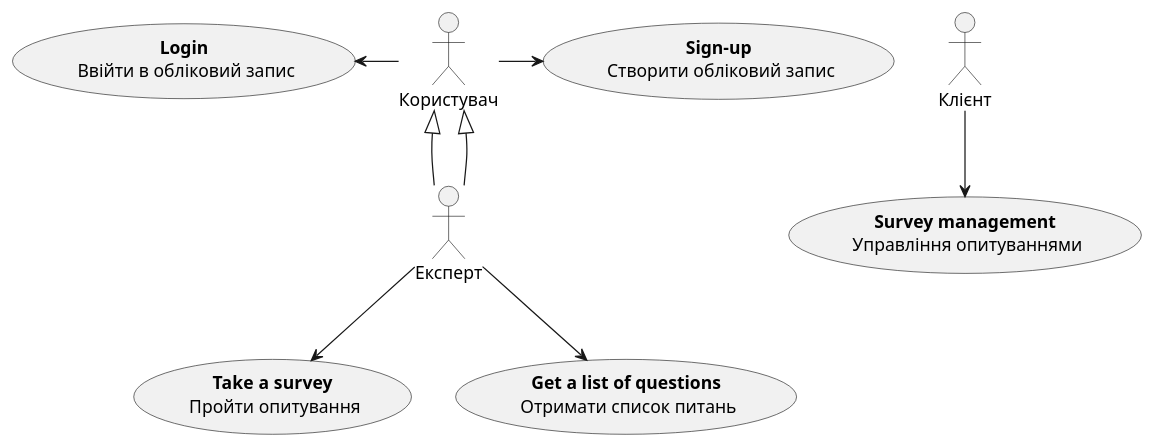
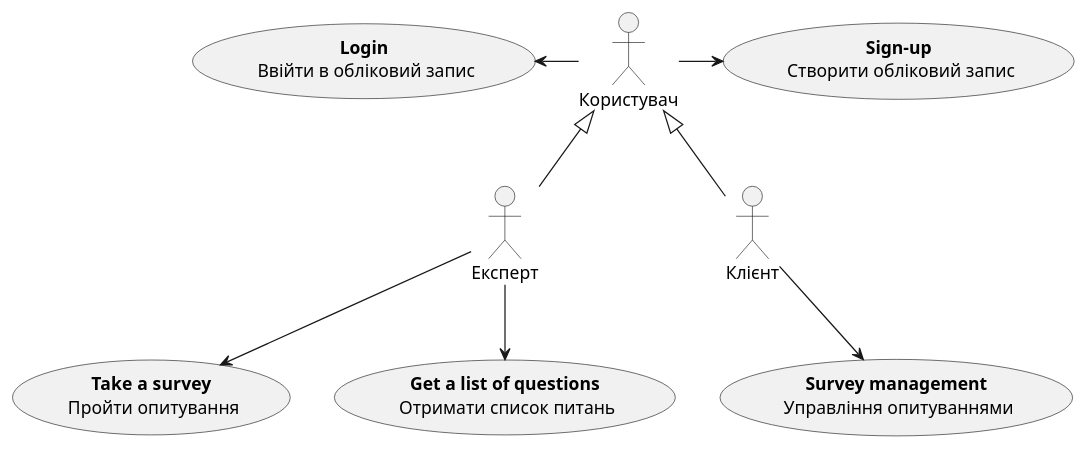
One commit to kujo205/db_labs changed the first of 12 diagrams in docs/use cases/README.md. Above: the diagram before and after it, drawn with PlantUML.

Commit message:
fixed the error(#38)

```diff
--- a/docs/use cases/README.md
+++ b/docs/use cases/README.md
@@ -9,29 +9,29 @@
 @startuml
 
     skinparam noteFontColor white
 
     actor "Користувач" as User 
   
     usecase "<b>Sign-up</b>\n Створити обліковий запис" as Signup
     usecase "<b>Login</b>\n Ввійти в обліковий запис" as Login  
   
     User -l-> Login
     User -r-> Signup
 
     actor "Експерт" as Expert
 
     usecase "<b>Take a survey</b>\n Пройти опитування" as TS
     usecase "<b>Get a list of questions</b>\n Отримати список питань" as GQ
 
     Expert -u-|> User
     Expert -d-> TS
     Expert -d-> GQ
 
     actor "Клієнт" as Client
 
     usecase "<b>Survey management</b>\n Управління опитуваннями" as SM
 
-    Expert -u-|> User
+    Client -u-|> User
     Client -d-> SM
 
 @enduml
```
